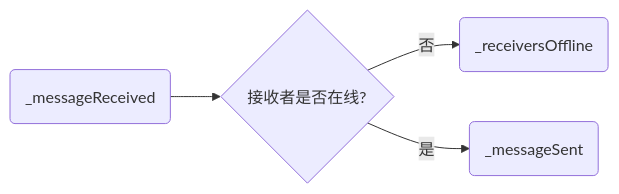
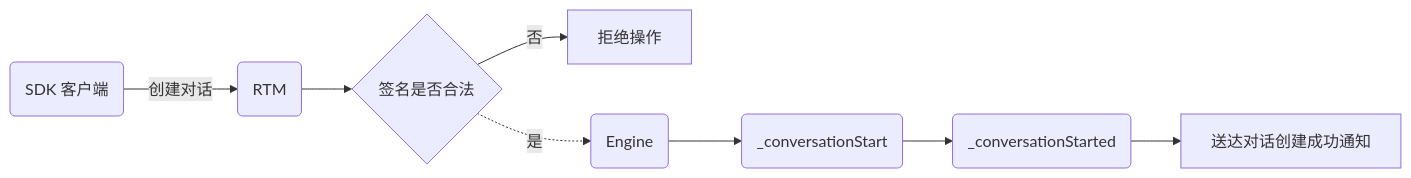
One commit to weakish/docs changed the fifth of 5 diagrams in views/realtime-guide-senior.md. Above: the diagram before and after it, drawn with Mermaid. The commit also changed other lines of this file and 4 other files, not shown here.

````diff
--- a/views/realtime-guide-senior.md
+++ b/views/realtime-guide-senior.md
@@ -73,6 +456,10 @@
-<div class="mermaid">
+```mermaid
 graph LR
-B(_messageReceived) --> C{接收者是否在线?}
-    C -->|否| D(_receiversOffline)
-    C -->|是| E(_messageSent)
-</div>
+A(SDK 客户端) -->|创建对话|B(RTM)
+B --> C{签名是否合法}
+C -->|否| D[拒绝操作]
+C -.->|是| E(Engine)
+E --> F(_conversationStart)
+F --> G(_conversationStarted)
+G --> H[送达对话创建成功通知]
+```
````
